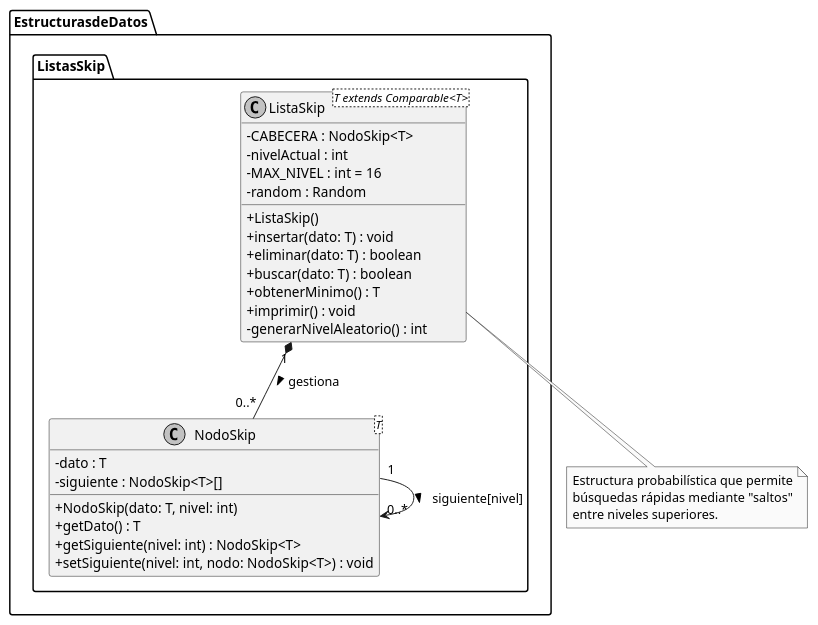
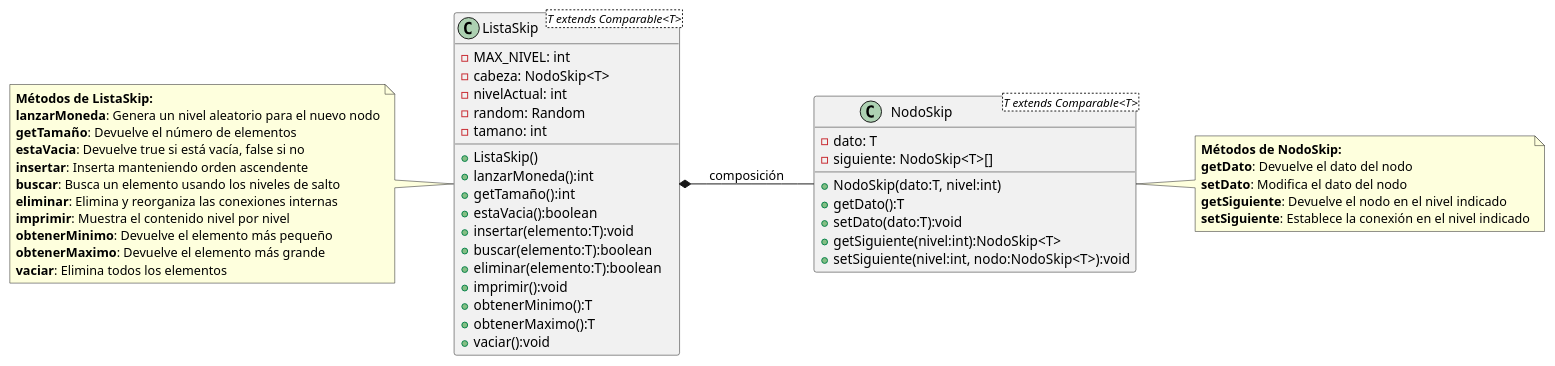
The diagram in src/EstructurasdeDatos/ListasSkip/Diagrama SkipList.puml (hugob-gl07/Estructura-Datos-Equipo), drawn with PlantUML before and after one commit. The commit also changed 12 other files, not shown here.

Commit message:
Cambios en los diagrama ULM

```diff
--- a/src/EstructurasdeDatos/ListasSkip/Diagrama SkipList.puml
+++ b/src/EstructurasdeDatos/ListasSkip/Diagrama SkipList.puml
@@ -1,44 +1,58 @@
 @startuml
-skinparam classAttributeIconSize 0
-skinparam monochrome true
-skinparam shadowing false
 
-package EstructurasdeDatos.ListasSkip {
+left to right direction
 
-    class ListaSkip<T extends Comparable<T>> {
-        - CABECERA : NodoSkip<T>
-        - nivelActual : int
-        - MAX_NIVEL : int = 16
-        - random : Random
-        + ListaSkip()
-        + insertar(dato: T) : void
-        + eliminar(dato: T) : boolean
-        + buscar(dato: T) : boolean
-        + obtenerMinimo() : T
-        + imprimir() : void
-        - generarNivelAleatorio() : int
-    }
-
-    class NodoSkip<T> {
-        - dato : T
-        - siguiente : NodoSkip<T>[]
-        + NodoSkip(dato: T, nivel: int)
-        + getDato() : T
-        + getSiguiente(nivel: int) : NodoSkip<T>
-        + setSiguiente(nivel: int, nodo: NodoSkip<T>) : void
-    }
-
-    ' Relación de composición: La lista "es dueña" de los nodos
-    ListaSkip "1" *-- "0..*" NodoSkip : gestiona >
-
-    ' Relación recursiva: Un nodo apunta a otros nodos en sus distintos niveles
-    NodoSkip "1" --> "0..*" NodoSkip : siguiente[nivel] >
+class ListaSkip<T extends Comparable<T>> {
+    - MAX_NIVEL: int
+    - cabeza: NodoSkip<T>
+    - nivelActual: int
+    - random: Random
+    - tamano: int
+    + ListaSkip()
+    + lanzarMoneda():int
+    + getTamaño():int
+    + estaVacia():boolean
+    + insertar(elemento:T):void
+    + buscar(elemento:T):boolean
+    + eliminar(elemento:T):boolean
+    + imprimir():void
+    + obtenerMinimo():T
+    + obtenerMaximo():T
+    + vaciar():void
 }
 
-note bottom of ListaSkip
-  Estructura probabilística que permite
-  búsquedas rápidas mediante "saltos"
-  entre niveles superiores.
+class NodoSkip<T extends Comparable<T>> {
+    - dato: T
+    - siguiente: NodoSkip<T>[]
+    + NodoSkip(dato:T, nivel:int)
+    + getDato():T
+    + setDato(dato:T):void
+    + getSiguiente(nivel:int):NodoSkip<T>
+    + setSiguiente(nivel:int, nodo:NodoSkip<T>):void
+}
+
+ListaSkip *-- NodoSkip : composición
+
+note left of ListaSkip
+**Métodos de ListaSkip:**
+**lanzarMoneda**: Genera un nivel aleatorio para el nuevo nodo
+**getTamaño**: Devuelve el número de elementos
+**estaVacia**: Devuelve true si está vacía, false si no
+**insertar**: Inserta manteniendo orden ascendente
+**buscar**: Busca un elemento usando los niveles de salto
+**eliminar**: Elimina y reorganiza las conexiones internas
+**imprimir**: Muestra el contenido nivel por nivel
+**obtenerMinimo**: Devuelve el elemento más pequeño
+**obtenerMaximo**: Devuelve el elemento más grande
+**vaciar**: Elimina todos los elementos
+end note
+
+note right of NodoSkip
+**Métodos de NodoSkip:**
+**getDato**: Devuelve el dato del nodo
+**setDato**: Modifica el dato del nodo
+**getSiguiente**: Devuelve el nodo en el nivel indicado
+**setSiguiente**: Establece la conexión en el nivel indicado
 end note
 
 @enduml
```
